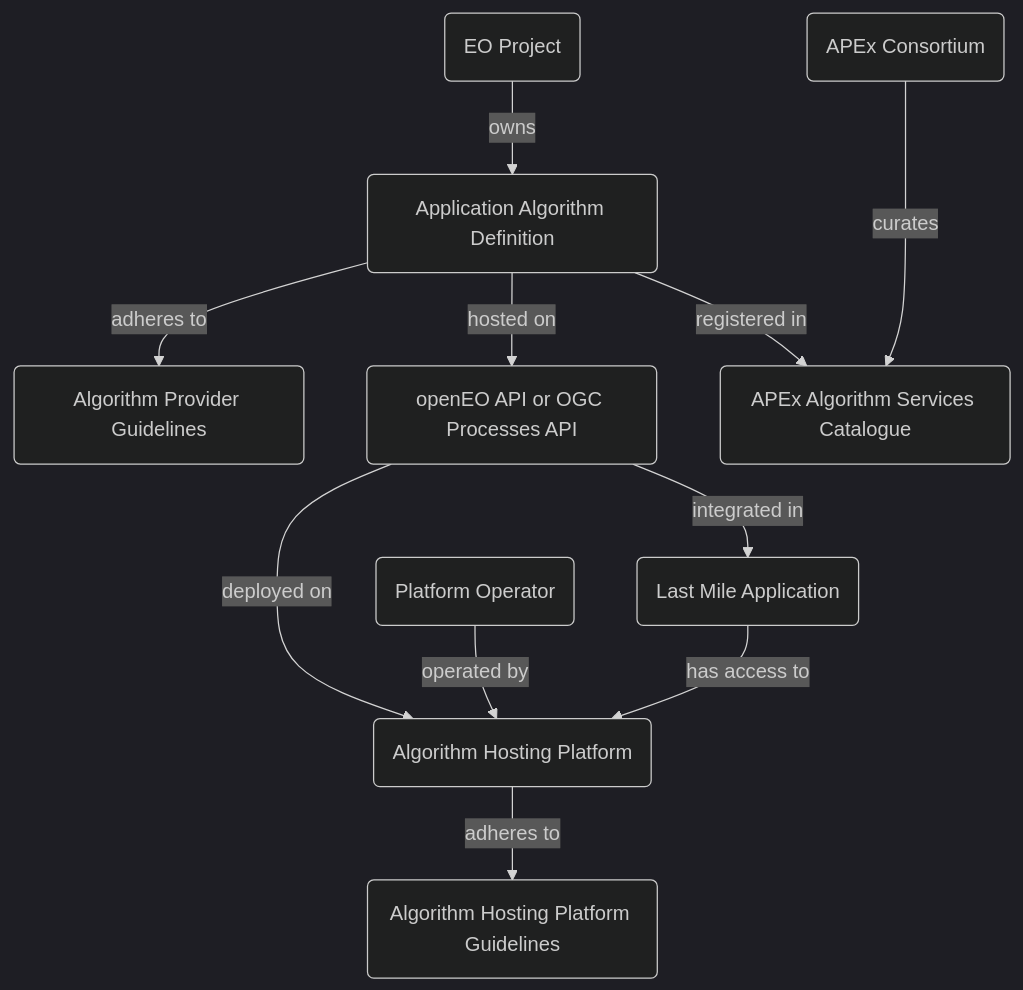
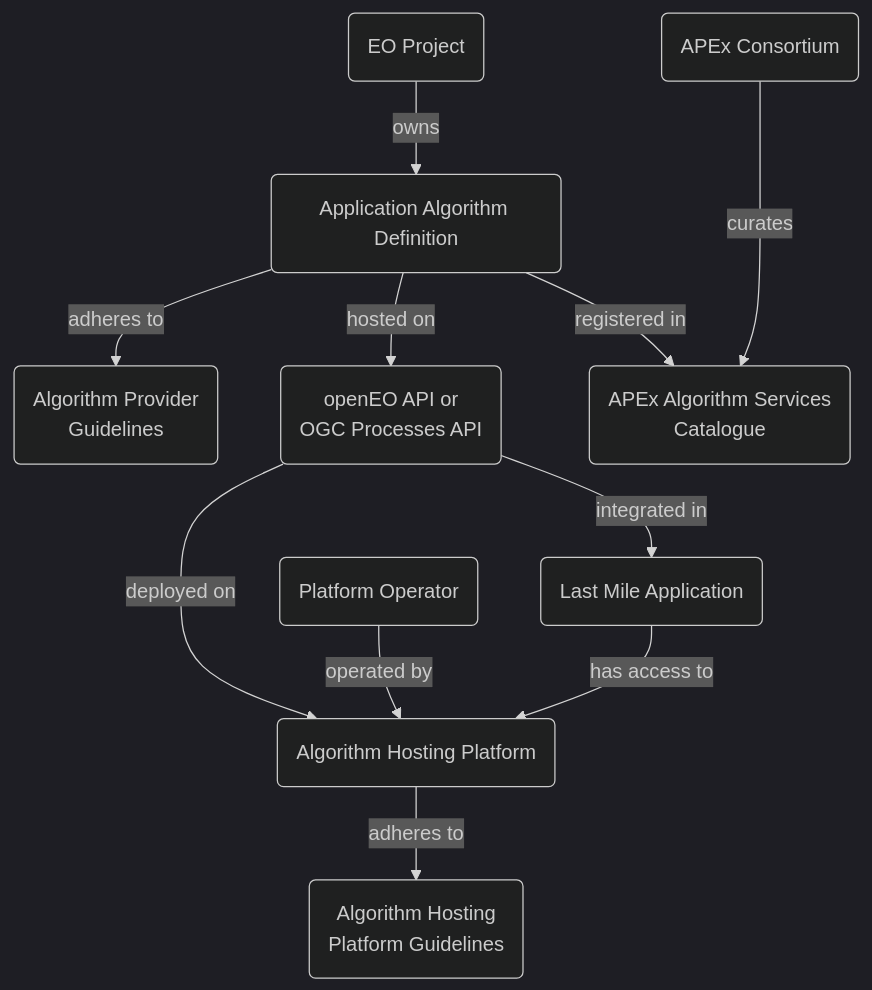
The diagram in interoperability/definitions.qmd (ESA-APEx/apex_documentation), drawn with Mermaid (dark theme) before and after one commit. The commit also changed other lines of this file and 4 other files, not shown here.

Commit message:
fix: updated mermaid charts

````diff
--- a/interoperability/definitions.qmd
+++ b/interoperability/definitions.qmd
@@ -9,27 +9,27 @@
 ```{mermaid}
 %%| label: fig-definitions
 %%| fig-cap: "Concepts and relationships."
 flowchart TD
     EO_PROJECT("EO Project")
     ALGORITHM("Application Algorithm Definition")
-    ALGORITHM_GUIDELINES("Algorithm Provider Guidelines")
-    OPENEO_OGC("openEO API or OGC Processes API")
+    ALGORITHM_GUIDELINES("Algorithm Provider</br> Guidelines")
+    OPENEO_OGC("openEO API or <br/>OGC Processes API")
     LAST_MILE("Last Mile Application")
     HOSTING_PLATFORM("Algorithm Hosting Platform")
     OPERATOR("Platform Operator")
-    PLATFORM_GUIDELINES("Algorithm Hosting Platform Guidelines")
-    CATALOGUE("APEx Algorithm Services Catalogue")
+    PLATFORM_GUIDELINES("Algorithm Hosting<br/> Platform Guidelines")
+    CATALOGUE("APEx Algorithm Services<br/> Catalogue")
     APEX("APEx Consortium")
-    
+
 
     EO_PROJECT --> | owns | ALGORITHM
     ALGORITHM --> | adheres to | ALGORITHM_GUIDELINES
     ALGORITHM --> | hosted on | OPENEO_OGC
     OPENEO_OGC --> | deployed on | HOSTING_PLATFORM
     OPERATOR --> | operated by | HOSTING_PLATFORM
     HOSTING_PLATFORM --> | adheres to | PLATFORM_GUIDELINES
     ALGORITHM --> | registered in | CATALOGUE
     APEX ---> | curates | CATALOGUE
     OPENEO_OGC --> | integrated in | LAST_MILE
     LAST_MILE --> | has access to | HOSTING_PLATFORM
 ```
````
